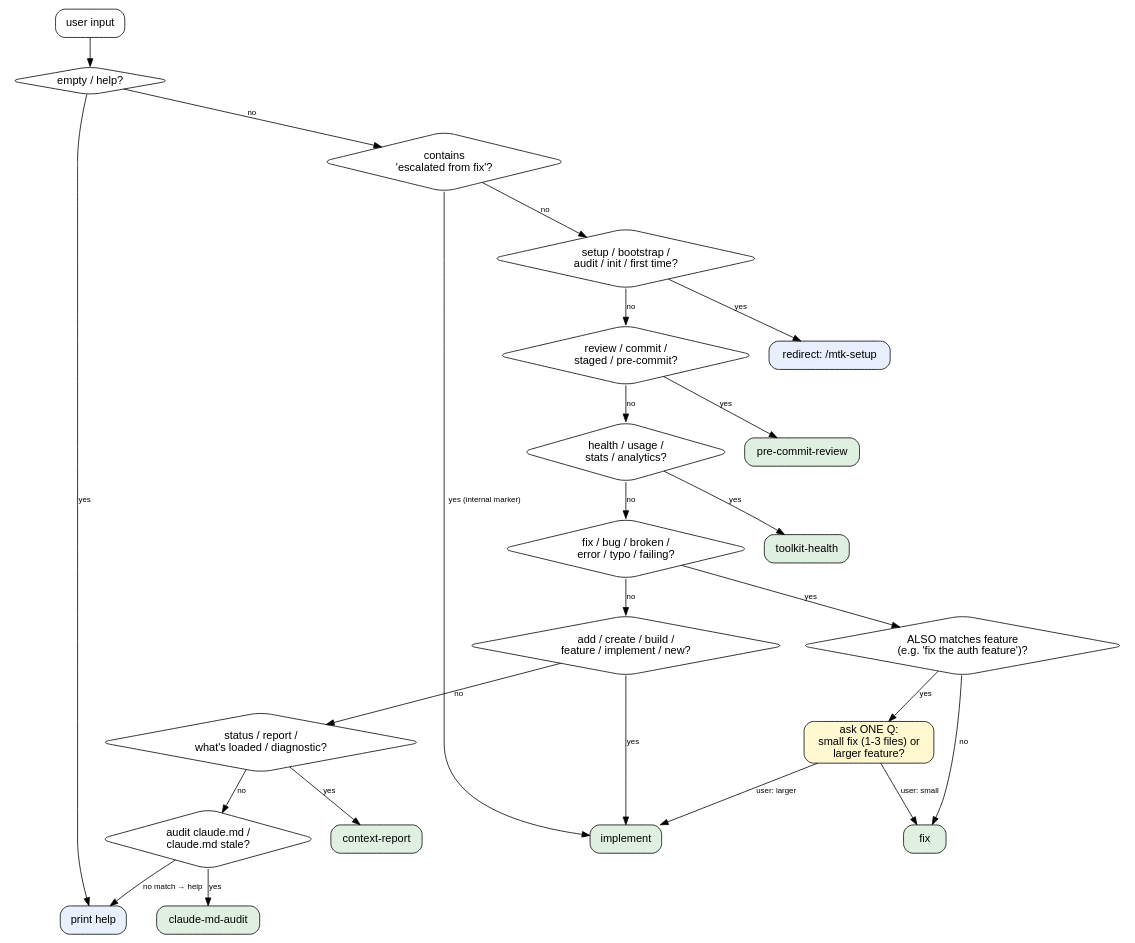
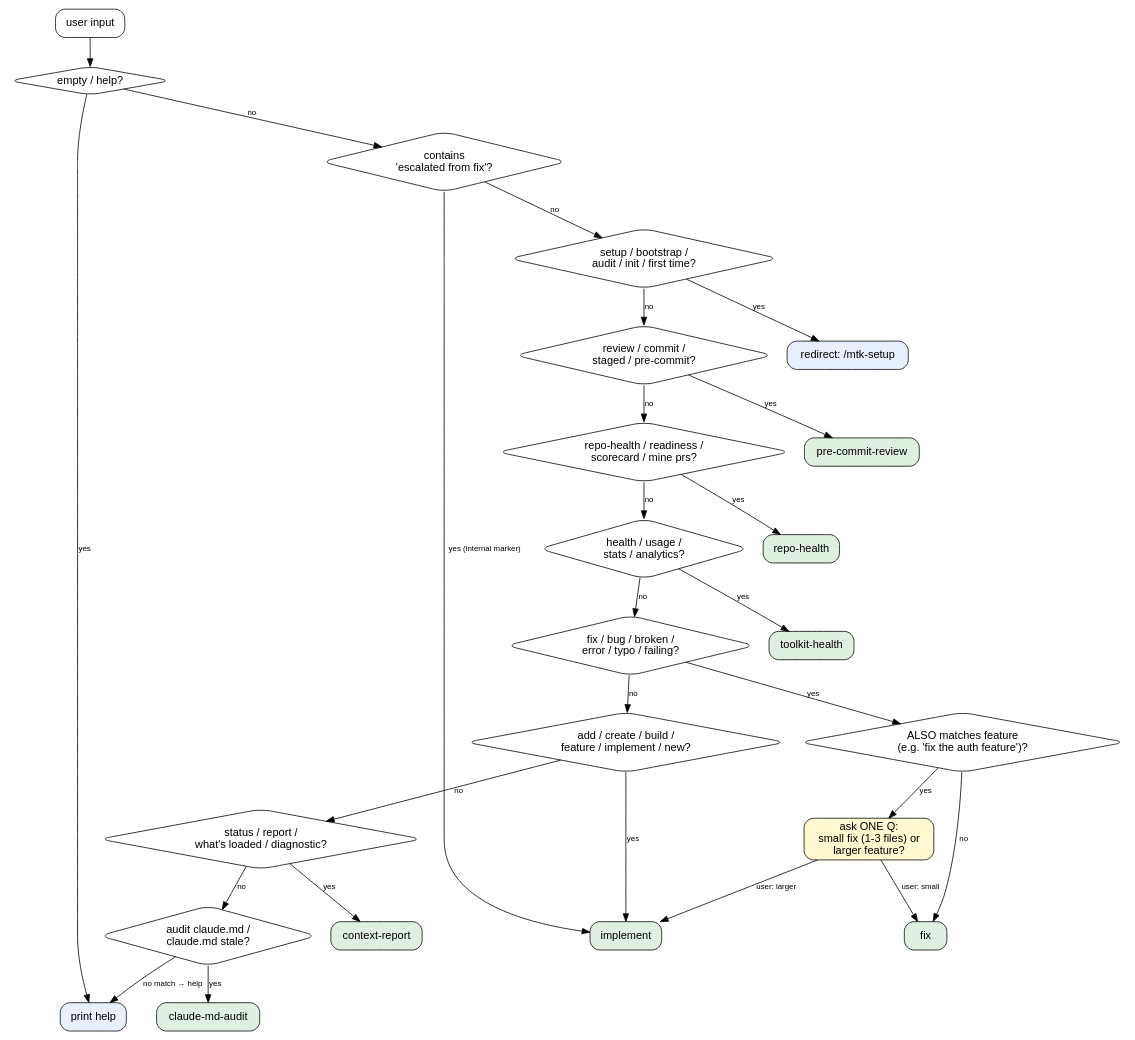
The diagram in .claude/skills/mtk/SKILL.md (moberghr/mtk-agent-toolkit), drawn with Graphviz before and after one commit. The commit also changed other lines of this file and 27 other files, not shown here.

````diff
--- a/.claude/skills/mtk/SKILL.md
+++ b/.claude/skills/mtk/SKILL.md
@@ -17,52 +17,56 @@
 ```dot
 digraph mtk_routing {
   rankdir=TB;
   node [shape=box, style=rounded, fontname="Helvetica"];
   edge [fontname="Helvetica", fontsize=10];
 
   start    [label="user input"];
   empty    [label="empty / help?", shape=diamond];
   help     [label="print help", style="rounded,filled", fillcolor="#e8f0ff"];
   esc      [label="contains\n'escalated from fix'?", shape=diamond];
   setup    [label="setup / bootstrap /\naudit / init / first time?", shape=diamond];
   redirect [label="redirect: /mtk-setup", style="rounded,filled", fillcolor="#e8f0ff"];
   rev      [label="review / commit /\nstaged / pre-commit?", shape=diamond];
   pcr      [label="pre-commit-review", style="rounded,filled", fillcolor="#e0f0e0"];
+  rhlth    [label="repo-health / readiness /\nscorecard / mine prs?", shape=diamond];
+  rh       [label="repo-health", style="rounded,filled", fillcolor="#e0f0e0"];
   hlth     [label="health / usage /\nstats / analytics?", shape=diamond];
   th       [label="toolkit-health", style="rounded,filled", fillcolor="#e0f0e0"];
   fixv     [label="fix / bug / broken /\nerror / typo / failing?", shape=diamond];
   feat     [label="add / create / build /\nfeature / implement / new?", shape=diamond];
   ambig    [label="ALSO matches feature\n(e.g. 'fix the auth feature')?", shape=diamond];
   ask      [label="ask ONE Q:\nsmall fix (1-3 files) or\nlarger feature?", style="rounded,filled", fillcolor="#fff8d0"];
   fix      [label="fix", style="rounded,filled", fillcolor="#e0f0e0"];
   impl     [label="implement", style="rounded,filled", fillcolor="#e0f0e0"];
   stat     [label="status / report /\nwhat's loaded / diagnostic?", shape=diamond];
   cr       [label="context-report", style="rounded,filled", fillcolor="#e0f0e0"];
   cmd      [label="audit claude.md /\nclaude.md stale?", shape=diamond];
   cma      [label="claude-md-audit", style="rounded,filled", fillcolor="#e0f0e0"];
 
   start -> empty;
   empty -> help [label="yes"];
   empty -> esc  [label="no"];
   esc   -> impl [label="yes (internal marker)"];
   esc   -> setup [label="no"];
   setup -> redirect [label="yes"];
   setup -> rev  [label="no"];
   rev   -> pcr  [label="yes"];
-  rev   -> hlth [label="no"];
+  rev   -> rhlth [label="no"];
+  rhlth -> rh   [label="yes"];
+  rhlth -> hlth [label="no"];
   hlth  -> th   [label="yes"];
   hlth  -> fixv [label="no"];
   fixv  -> ambig [label="yes"];
   ambig -> ask  [label="yes"];
   ambig -> fix  [label="no"];
   ask   -> fix  [label="user: small"];
   ask   -> impl [label="user: larger"];
   fixv  -> feat [label="no"];
   feat  -> impl [label="yes"];
   feat  -> stat [label="no"];
   stat  -> cr   [label="yes"];
   stat  -> cmd  [label="no"];
   cmd   -> cma  [label="yes"];
   cmd   -> help [label="no match → help"];
 }
 ```
````
